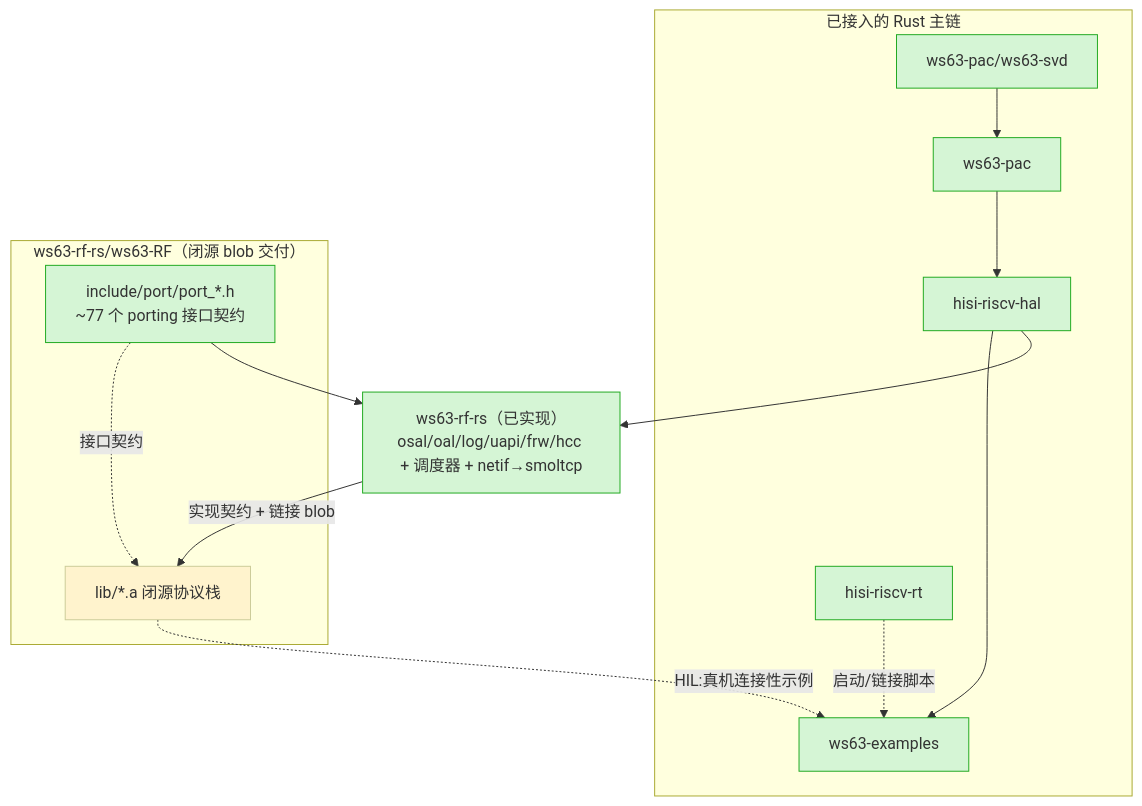
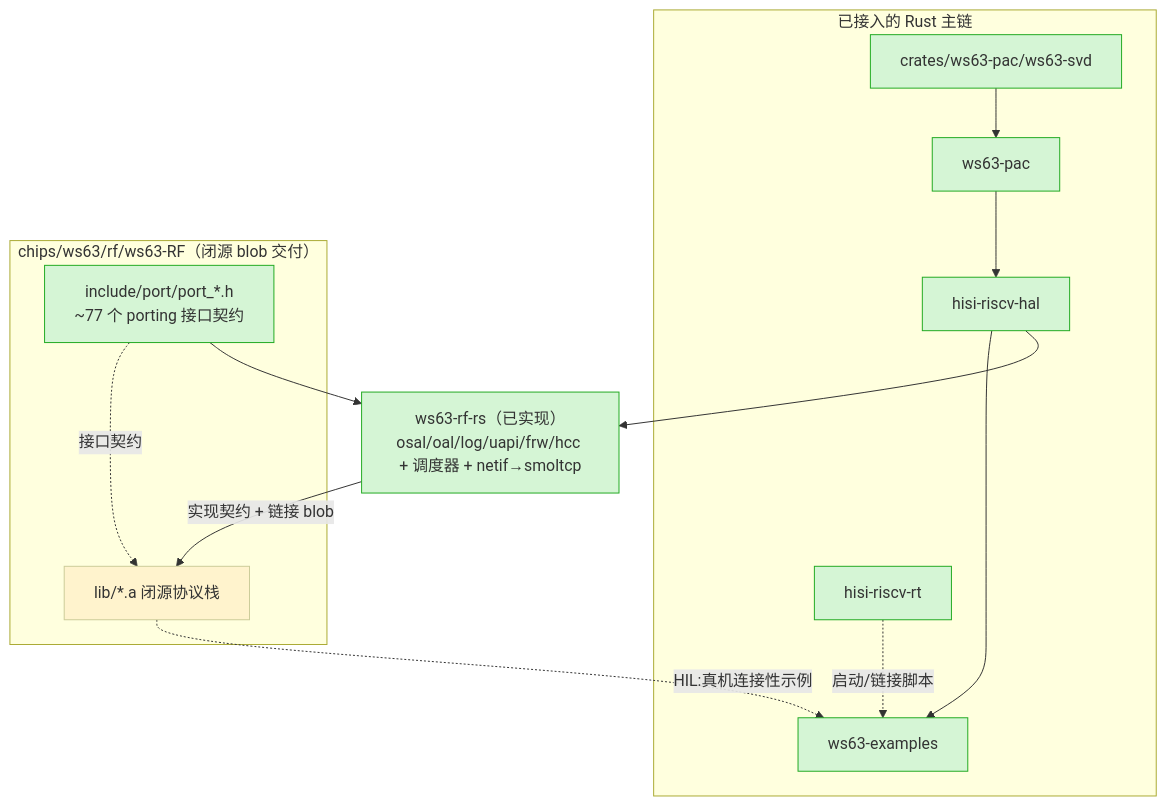
The diagram in docs/architecture/ws63-RF.md (hispark-rs/hisi-riscv-rs), drawn with Mermaid before and after one commit. The commit also changed other lines of this file and 70 other files, not shown here.

First line of the commit message:
refactor: regroup the monorepo tree into crates/ examples/ chips/ + green CI

````diff
--- a/docs/architecture/ws63-RF.md
+++ b/docs/architecture/ws63-RF.md
@@ -24,24 +24,24 @@
 ```mermaid
 graph TD
     subgraph 主链["已接入的 Rust 主链"]
-        SVD[ws63-pac/ws63-svd] --> PAC[ws63-pac]
+        SVD[crates/ws63-pac/ws63-svd] --> PAC[ws63-pac]
         PAC --> HAL[hisi-riscv-hal]
         HAL --> EX[ws63-examples]
         RT[hisi-riscv-rt] -.启动/链接脚本.-> EX
     end
-    subgraph RF["ws63-rf-rs/ws63-RF（闭源 blob 交付）"]
+    subgraph RF["chips/ws63/rf/ws63-RF（闭源 blob 交付）"]
         BLOB["lib/*.a 闭源协议栈"]
         PORT["include/port/port_*.h<br/>~77 个 porting 接口契约"]
         PORT -.接口契约.-> BLOB
     end
     PLATFORM["ws63-rf-rs（已实现）<br/>osal/oal/log/uapi/frw/hcc + 调度器 + netif→smoltcp"]
     HAL --> PLATFORM
     PORT --> PLATFORM
     PLATFORM -->|实现契约 + 链接 blob| BLOB
     BLOB -.HIL:真机连接性示例.-> EX
 
     classDef done fill:#d5f5d5,stroke:#2a2;
     classDef hil fill:#fff3cd,stroke:#cc9;
     class SVD,PAC,HAL,EX,RT,PORT,PLATFORM done;
     class BLOB hil;
 ```
````
